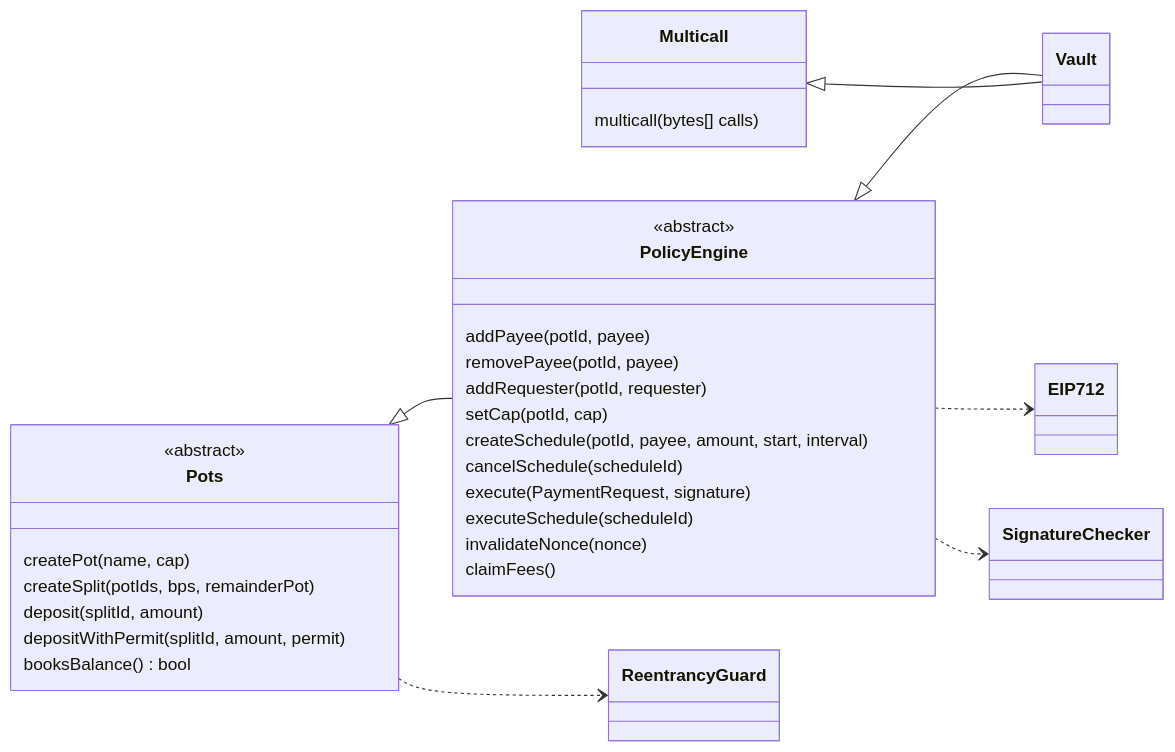
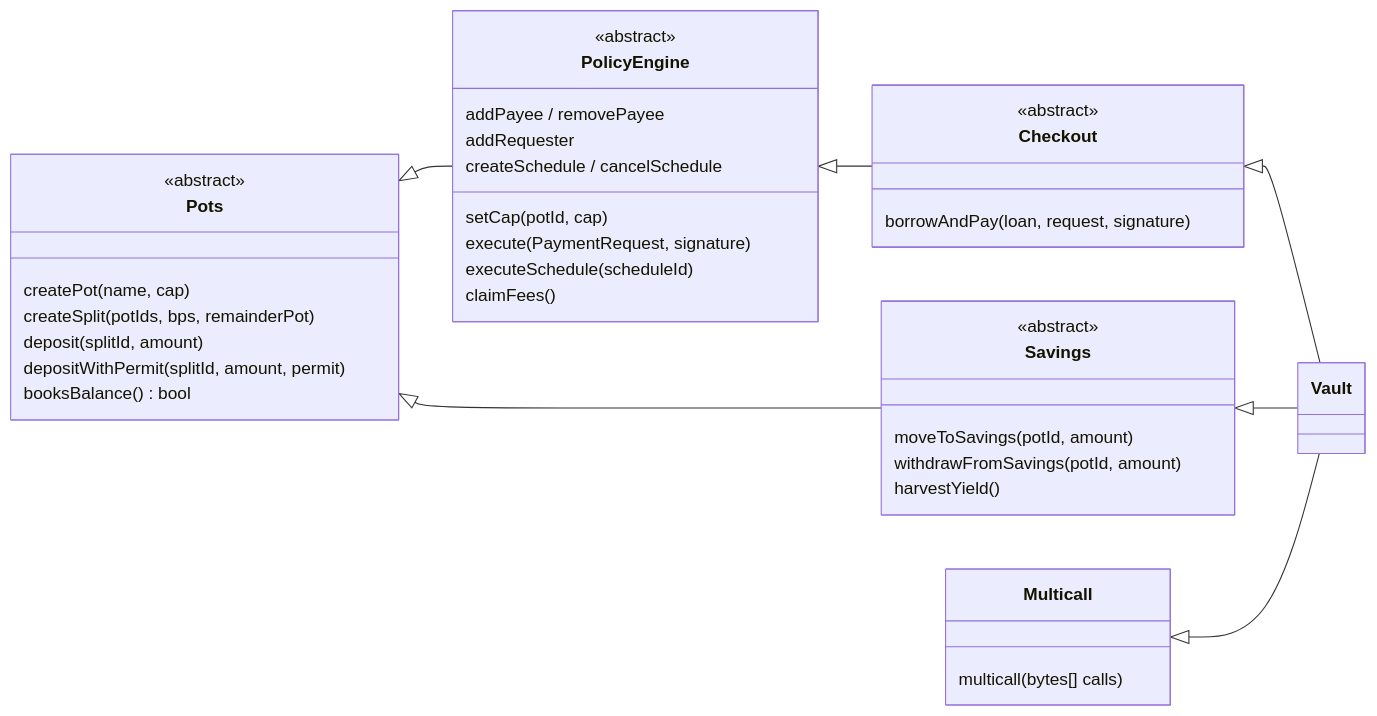
One commit to adetyaz/Ipin changed the second of 4 diagrams in README.md. Above: the diagram before and after it, drawn with Mermaid. The commit also changed other lines of this file and 3 other files, not shown here.

````diff
--- a/README.md
+++ b/README.md
@@ -148,35 +160,42 @@
 ```mermaid
 classDiagram
   direction LR
   class Pots {
     <<abstract>>
     createPot(name, cap)
     createSplit(potIds, bps, remainderPot)
     deposit(splitId, amount)
     depositWithPermit(splitId, amount, permit)
     booksBalance() bool
   }
   class PolicyEngine {
     <<abstract>>
-    addPayee(potId, payee)
-    removePayee(potId, payee)
-    addRequester(potId, requester)
+    addPayee / removePayee
+    addRequester
     setCap(potId, cap)
-    createSchedule(potId, payee, amount, start, interval)
-    cancelSchedule(scheduleId)
+    createSchedule / cancelSchedule
     execute(PaymentRequest, signature)
     executeSchedule(scheduleId)
-    invalidateNonce(nonce)
     claimFees()
+  }
+  class Savings {
+    <<abstract>>
+    moveToSavings(potId, amount)
+    withdrawFromSavings(potId, amount)
+    harvestYield()
+  }
+  class Checkout {
+    <<abstract>>
+    borrowAndPay(loan, request, signature)
   }
   class Multicall {
     multicall(bytes[] calls)
   }
   class Vault
   Pots <|-- PolicyEngine
-  PolicyEngine <|-- Vault
+  Pots <|-- Savings
+  PolicyEngine <|-- Checkout
+  Checkout <|-- Vault
+  Savings <|-- Vault
   Multicall <|-- Vault
-  Pots ..> ReentrancyGuard
-  PolicyEngine ..> EIP712
-  PolicyEngine ..> SignatureChecker
 ```
````
